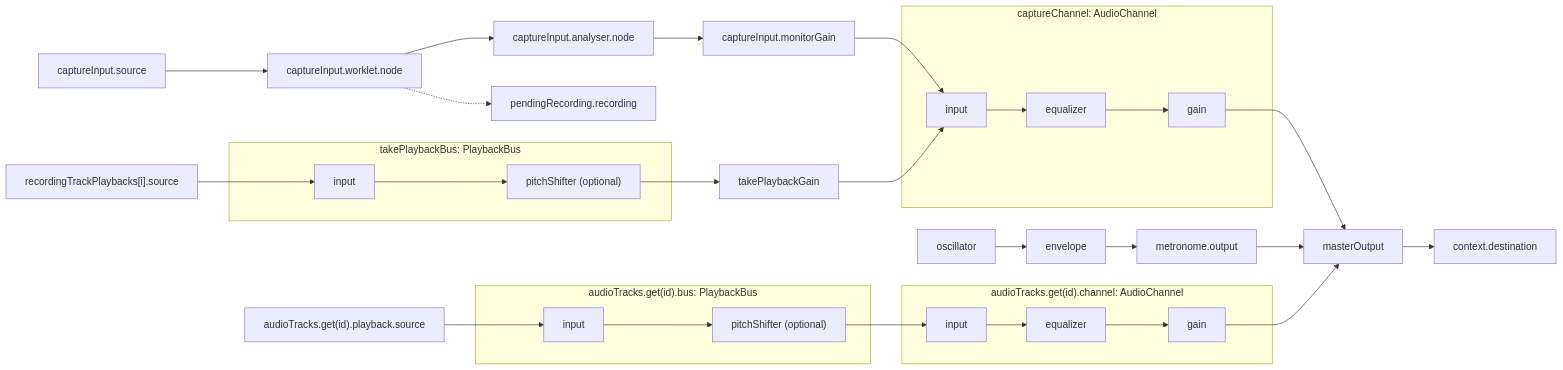
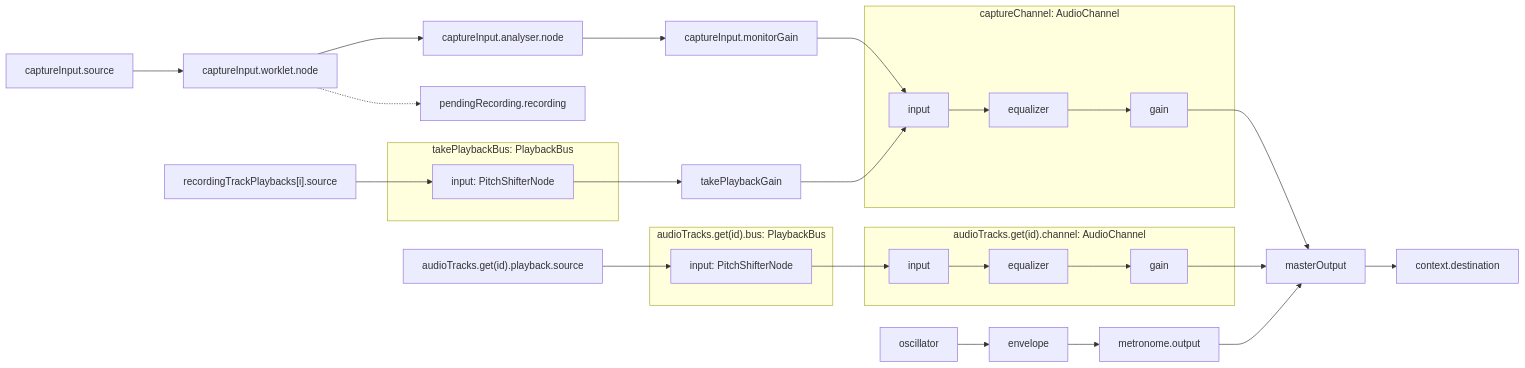
One commit to hi-ogawa/toy-midi changed the diagram in src/lib/recorder/README.md. Above: the diagram before and after it, drawn with Mermaid. The commit also changed 5 other files, not shown here.

Commit message:
refactor: control pitch shifting without recreating audio nodes

````diff
--- a/src/lib/recorder/README.md
+++ b/src/lib/recorder/README.md
@@ -5,36 +5,36 @@
 ```mermaid
 flowchart LR
     captureSource["captureInput.source"] --> captureWorklet["captureInput.worklet.node"]
     captureWorklet -.-> recording["pendingRecording.recording"]
     captureWorklet --> analyser["captureInput.analyser.node"]
     analyser --> monitorGain["captureInput.monitorGain"]
     monitorGain --> captureInput
     takeSource["recordingTrackPlaybacks[i].source"] --> takeBusInput
     subgraph takePlaybackBus["takePlaybackBus: PlaybackBus"]
-        takeBusInput["input"] --> takePitchShifter["pitchShifter (optional)"]
+        takeBusInput["input: PitchShifterNode"]
     end
-    takePitchShifter --> takePlaybackGain["takePlaybackGain"]
+    takeBusInput --> takePlaybackGain["takePlaybackGain"]
     takePlaybackGain --> captureInput
 
     subgraph captureChannel["captureChannel: AudioChannel"]
         captureInput["input"] --> captureEqualizer["equalizer"]
         captureEqualizer --> captureGain["gain"]
     end
 
     audioSource["audioTracks.get(id).playback.source"] --> audioBusInput
     subgraph audioPlaybackBus["audioTracks.get(id).bus: PlaybackBus"]
-        audioBusInput["input"] --> audioPitchShifter["pitchShifter (optional)"]
+        audioBusInput["input: PitchShifterNode"]
     end
-    audioPitchShifter --> trackInput
+    audioBusInput --> trackInput
     subgraph audioChannel["audioTracks.get(id).channel: AudioChannel"]
         trackInput["input"] --> trackEqualizer["equalizer"]
         trackEqualizer --> trackGain["gain"]
     end
 
     captureGain --> masterOutput["masterOutput"]
     trackGain --> masterOutput
     oscillator["oscillator"] --> envelope["envelope"]
     envelope --> metronomeOutput["metronome.output"]
     metronomeOutput --> masterOutput
     masterOutput --> destination["context.destination"]
 ```
````
